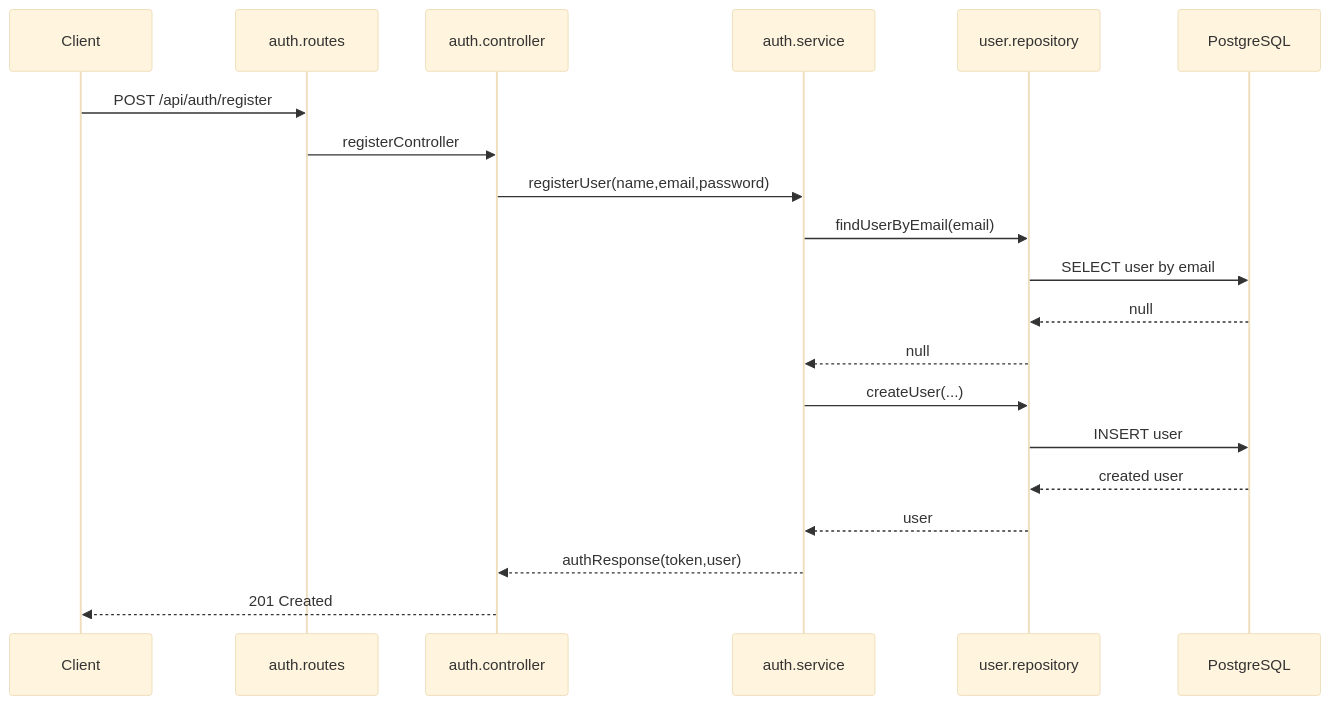
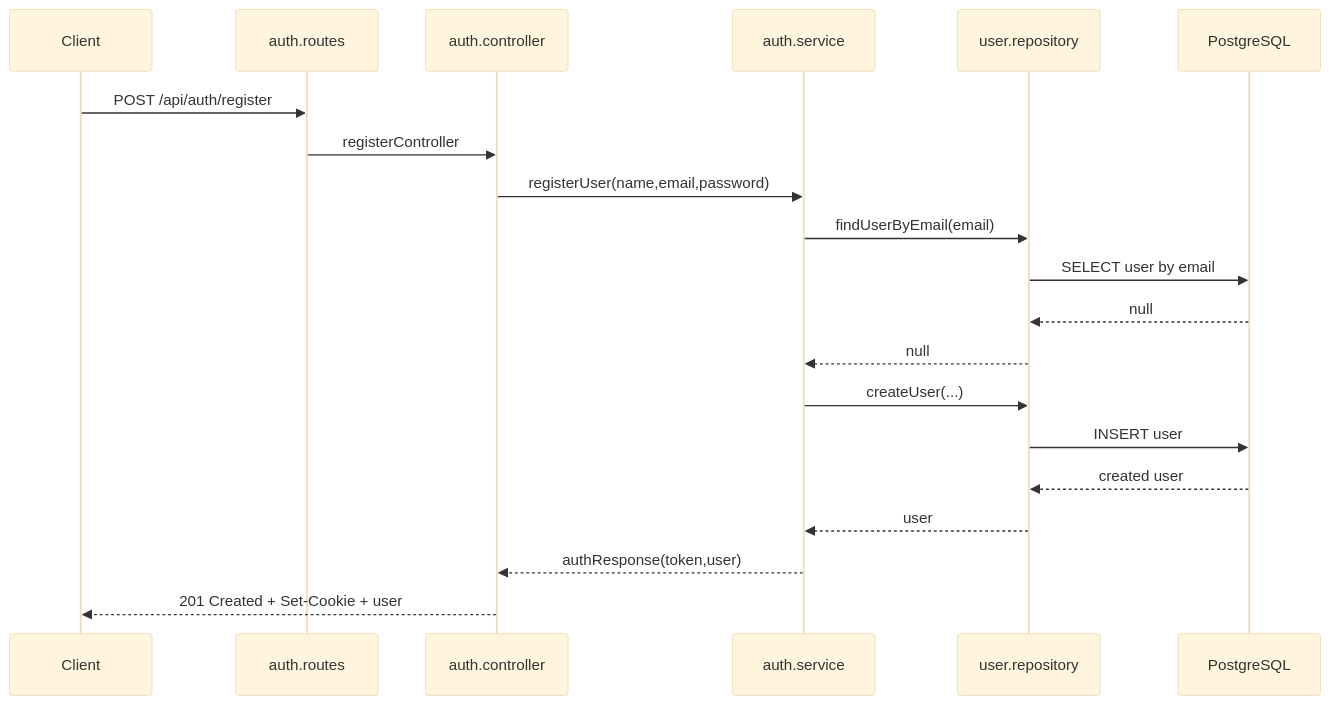
Before and after one commit to CodeRacon/roomfull-2.0: the second of 3 diagrams in backend/docs/auth-flow.md, drawn with Mermaid (base theme). The commit also changed other lines of this file and 32 other files, not shown here.

Commit message:
feat: add demo customer auth flow

````diff
--- a/backend/docs/auth-flow.md
+++ b/backend/docs/auth-flow.md
@@ -118,23 +174,23 @@
 ```mermaid
 sequenceDiagram
   participant C as Client
   participant R as auth.routes
   participant CT as auth.controller
   participant S as auth.service
   participant UR as user.repository
   participant DB as PostgreSQL
 
   C->>R: POST /api/auth/register
   R->>CT: registerController
   CT->>S: registerUser(name,email,password)
   S->>UR: findUserByEmail(email)
   UR->>DB: SELECT user by email
   DB-->>UR: null
   UR-->>S: null
   S->>UR: createUser(...)
   UR->>DB: INSERT user
   DB-->>UR: created user
   UR-->>S: user
   S-->>CT: authResponse(token,user)
-  CT-->>C: 201 Created
+  CT-->>C: 201 Created + Set-Cookie + user
 ```
````
